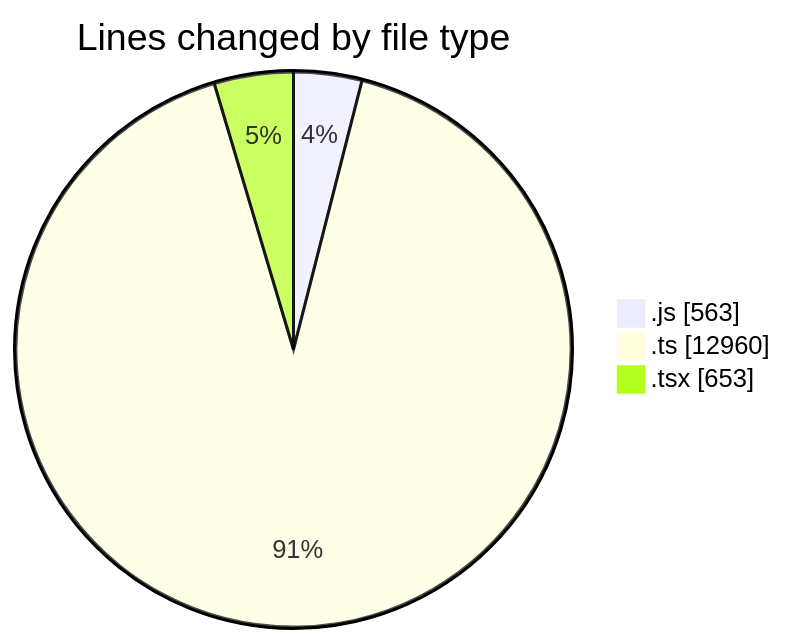
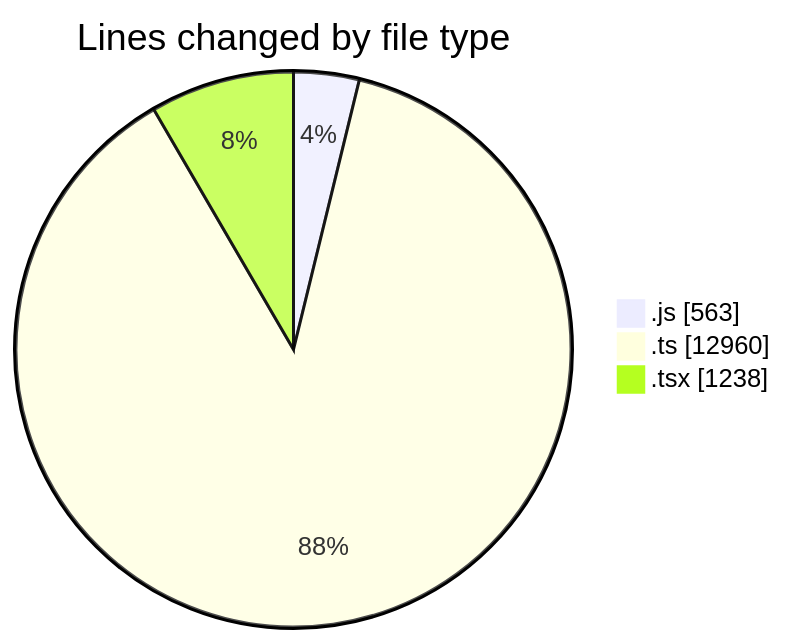
One commit to momahboobian/code-tracking changed the first of 2 diagrams in 2025-11-14/cda/README.md. Above: the diagram before and after it, drawn with Mermaid. The commit also changed other lines of this file and 1 other file, not shown here.

````diff
--- a/2025-11-14/cda/README.md
+++ b/2025-11-14/cda/README.md
@@ -34,7 +36,7 @@
 ```mermaid
 pie showData
 title Lines changed by file type
 ".js" : 563
 ".ts" : 12960
-".tsx" : 653
+".tsx" : 1238
 ```
````
